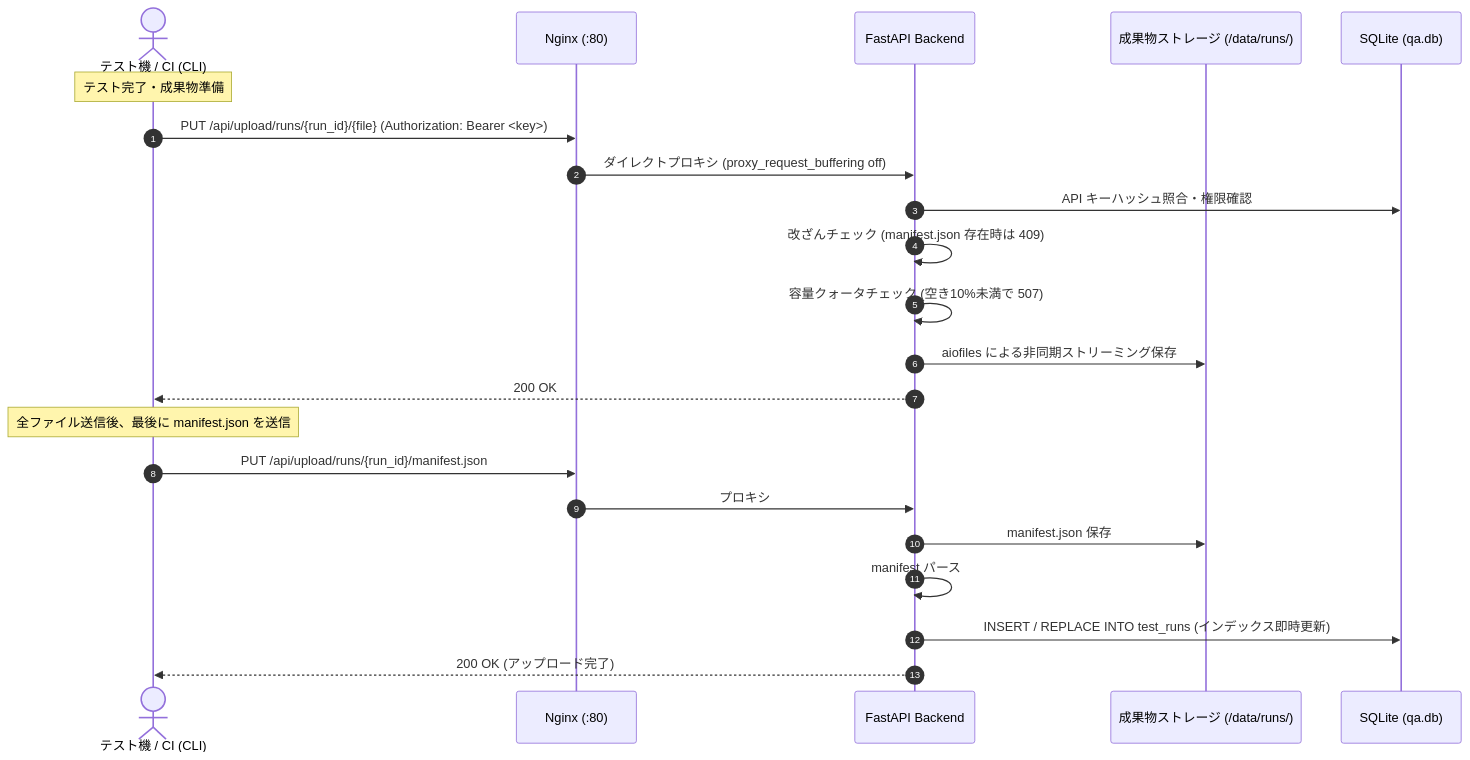
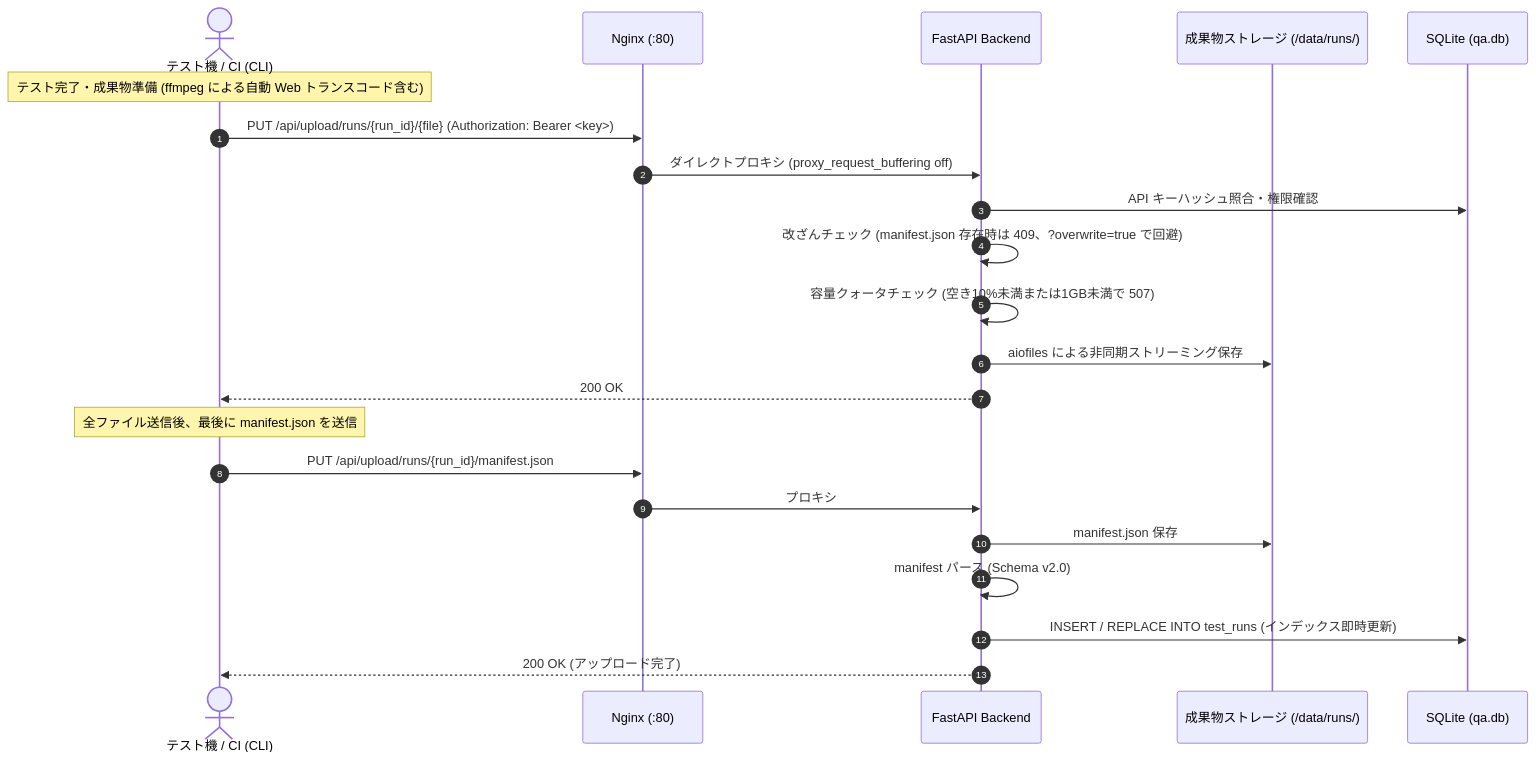
The second of 3 diagrams in docs/architecture.md (y-akahori-ramen/game-db), drawn with Mermaid before and after one commit. The commit also changed other lines of this file and 10 other files, not shown here.

````diff
--- a/docs/architecture.md
+++ b/docs/architecture.md
@@ -283,26 +363,26 @@
 ```mermaid
 sequenceDiagram
     autonumber
     actor CI as テスト機 / CI (CLI)
     participant Nginx as Nginx (:80)
     participant Backend as FastAPI Backend
     participant Storage as 成果物ストレージ (/data/runs/)
     participant DB as SQLite (qa.db)
 
-    Note over CI: テスト完了・成果物準備
+    Note over CI: テスト完了・成果物準備 (ffmpeg による自動 Web トランスコード含む)
     CI->>Nginx: PUT /api/upload/runs/{run_id}/{file} (Authorization: Bearer <key>)
     Nginx->>Backend: ダイレクトプロキシ (proxy_request_buffering off)
     Backend->>DB: API キーハッシュ照合・権限確認
-    Backend->>Backend: 改ざんチェック (manifest.json 存在時は 409)
-    Backend->>Backend: 容量クォータチェック (空き10%未満で 507)
+    Backend->>Backend: 改ざんチェック (manifest.json 存在時は 409、?overwrite=true で回避)
+    Backend->>Backend: 容量クォータチェック (空き10%未満または1GB未満で 507)
     Backend->>Storage: aiofiles による非同期ストリーミング保存
     Backend-->>CI: 200 OK
 
     Note over CI: 全ファイル送信後、最後に manifest.json を送信
     CI->>Nginx: PUT /api/upload/runs/{run_id}/manifest.json
     Nginx->>Backend: プロキシ
     Backend->>Storage: manifest.json 保存
-    Backend->>Backend: manifest パース
+    Backend->>Backend: manifest パース (Schema v2.0)
     Backend->>DB: INSERT / REPLACE INTO test_runs (インデックス即時更新)
     Backend-->>CI: 200 OK (アップロード完了)
 ```
````
